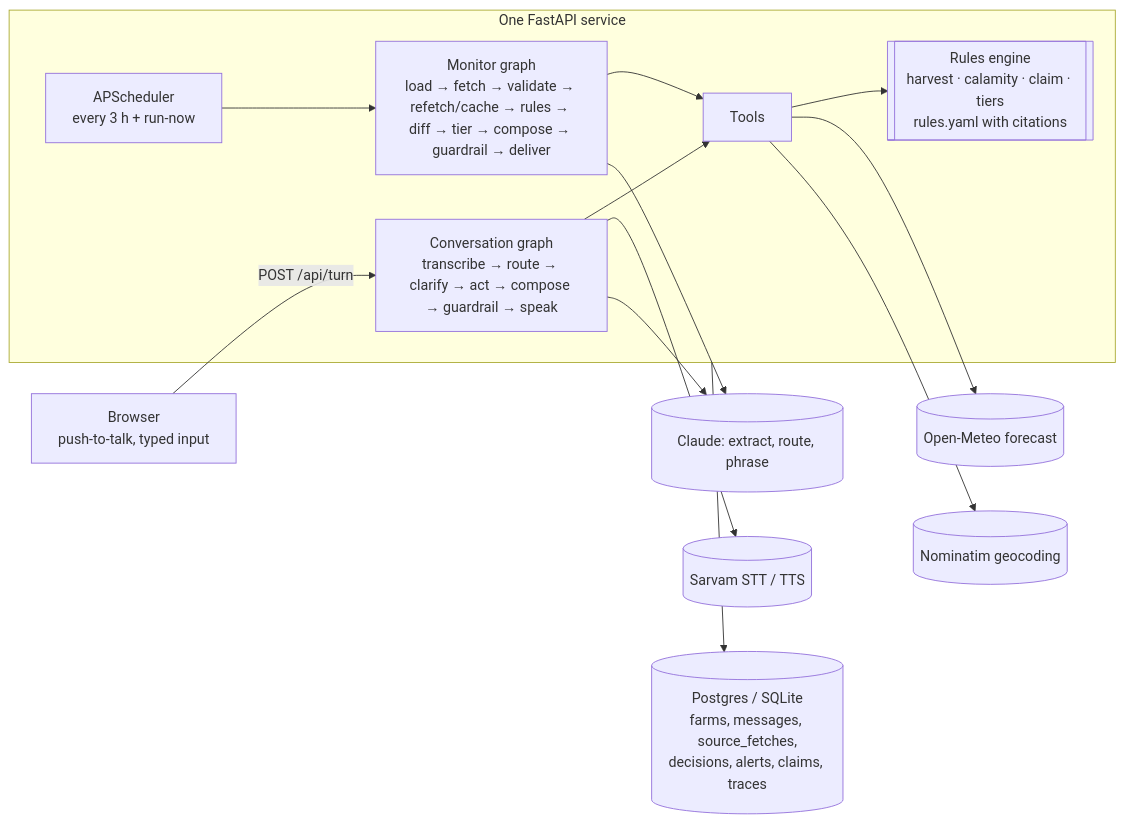
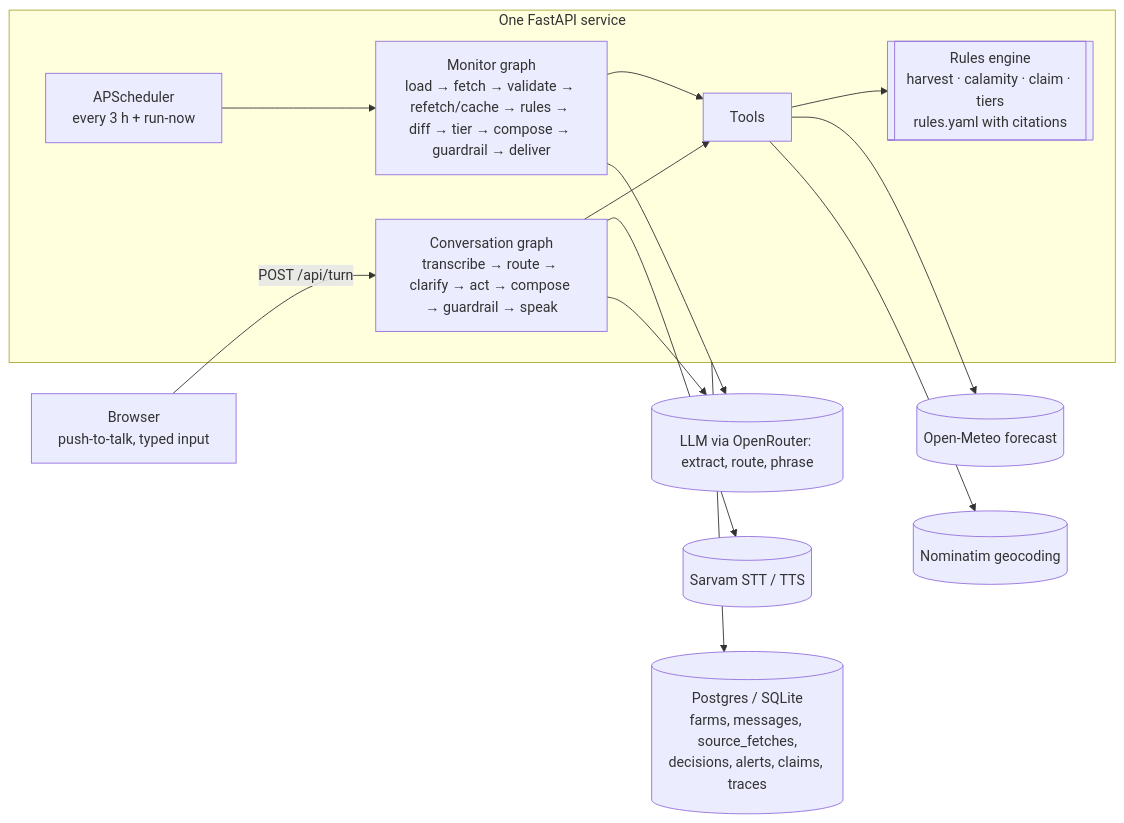
The diagram in README.md (GugulothBhuvan/Agri-Decision-Agent), drawn with Mermaid before and after one commit. The commit also changed other lines of this file and 8 other files, not shown here.

First line of the commit message:
Add OpenRouter as the default LLM provider (free model by default)

````diff
--- a/README.md
+++ b/README.md
@@ -14,19 +14,19 @@
 ```mermaid
 flowchart LR
   B[Browser<br/>push-to-talk, typed input] -->|POST /api/turn| C
   subgraph S[One FastAPI service]
     C[Conversation graph<br/>transcribe → route → clarify → act → compose → guardrail → speak]
     M[Monitor graph<br/>load → fetch → validate → refetch/cache → rules → diff → tier → compose → guardrail → deliver]
     R[[Rules engine<br/>harvest · calamity · claim · tiers<br/>rules.yaml with citations]]
     T[Tools]
     C --> T --> R
     M --> T
     SCH[APScheduler<br/>every 3 h + run-now] --> M
   end
   T --> OM[(Open-Meteo forecast)]
   T --> NO[(Nominatim geocoding)]
   C --> SV[(Sarvam STT / TTS)]
-  C --> LLM[(Claude: extract, route, phrase)]
+  C --> LLM[(LLM via OpenRouter: extract, route, phrase)]
   M --> LLM
   S --> DB[(Postgres / SQLite<br/>farms, messages, source_fetches,<br/>decisions, alerts, claims, traces)]
 ```
````
